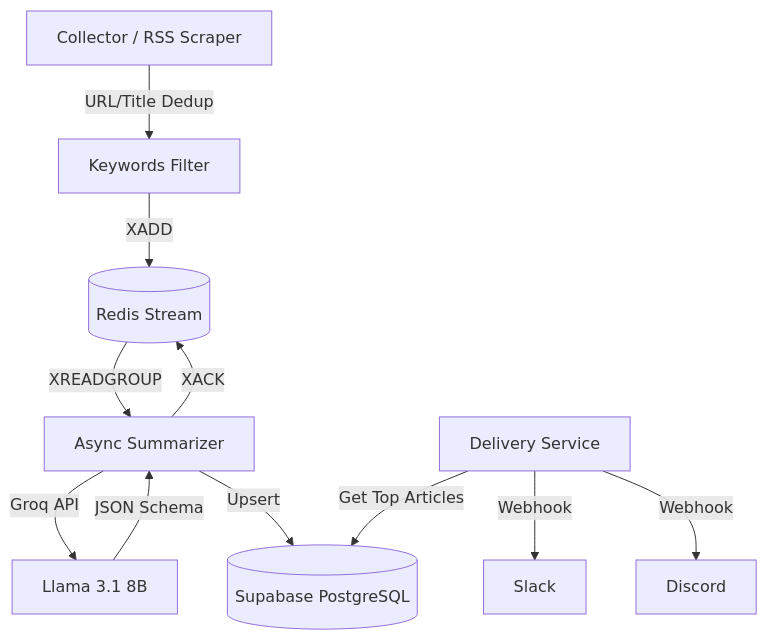
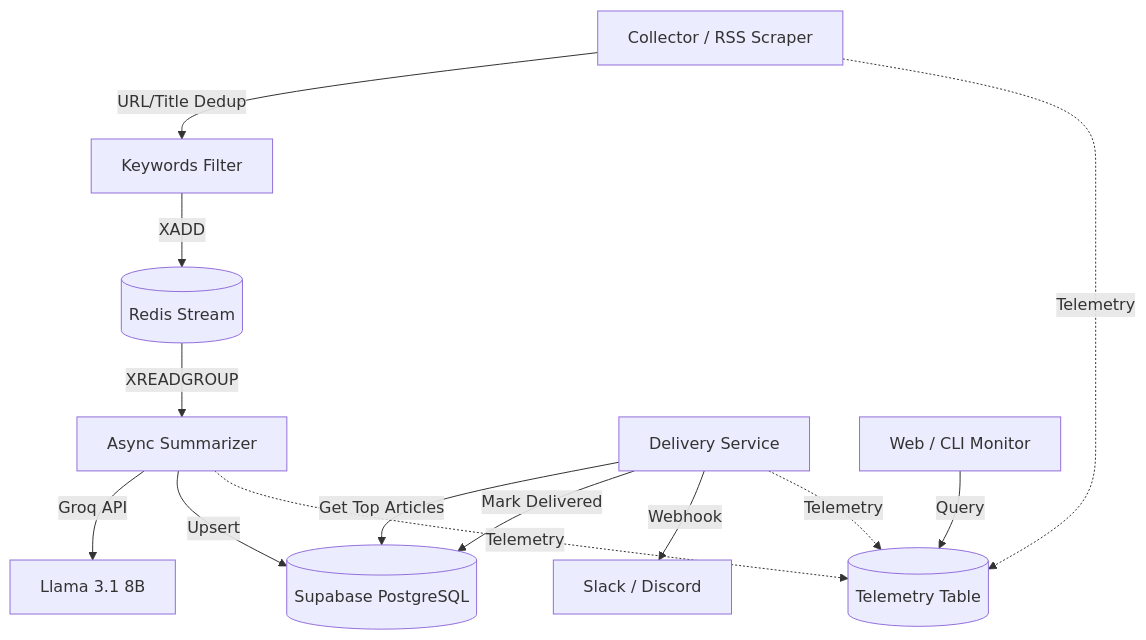
One commit to vishnun0027/techpulse-ai changed the diagram in README.md. Above: the diagram before and after it, drawn with Mermaid. The commit also changed other lines of this file, not shown here.

Commit message:
docs: update README with monitoring and stateful delivery instructions

````diff
--- a/README.md
+++ b/README.md
@@ -24,13 +26,16 @@
 ```mermaid
 graph TD
     Collector[Collector / RSS Scraper] -->|URL/Title Dedup| Filter[Keywords Filter]
     Filter -->|XADD| Stream[(Redis Stream)]
     Stream -->|XREADGROUP| Summarizer[Async Summarizer]
     Summarizer -->|Groq API| LLM[Llama 3.1 8B]
-    LLM -->|JSON Schema| Summarizer
     Summarizer -->|Upsert| DB[(Supabase PostgreSQL)]
-    Summarizer -->|XACK| Stream
     Delivery[Delivery Service] -->|Get Top Articles| DB
-    Delivery -->|Webhook| Slack[Slack]
-    Delivery -->|Webhook| Discord[Discord]
+    Delivery -->|Mark Delivered| DB
+    Delivery -->|Webhook| Notifications[Slack / Discord]
+
+    Collector -.->|Telemetry| TM[(Telemetry Table)]
+    Summarizer -.->|Telemetry| TM
+    Delivery -.->|Telemetry| TM
+    UI[Web / CLI Monitor] -->|Query| TM
 ```
````
